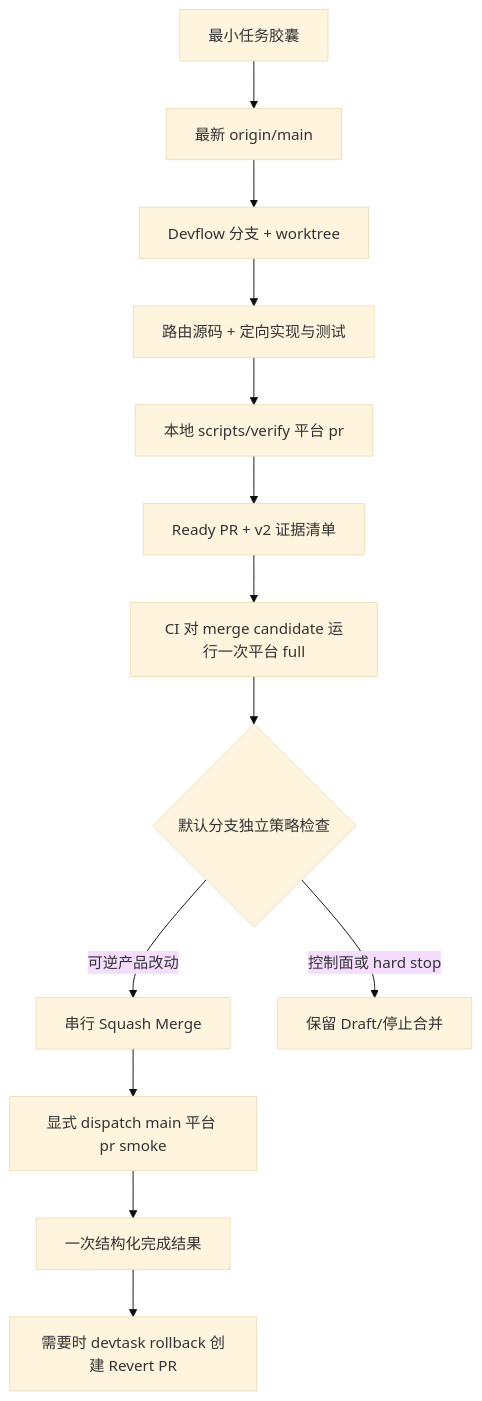
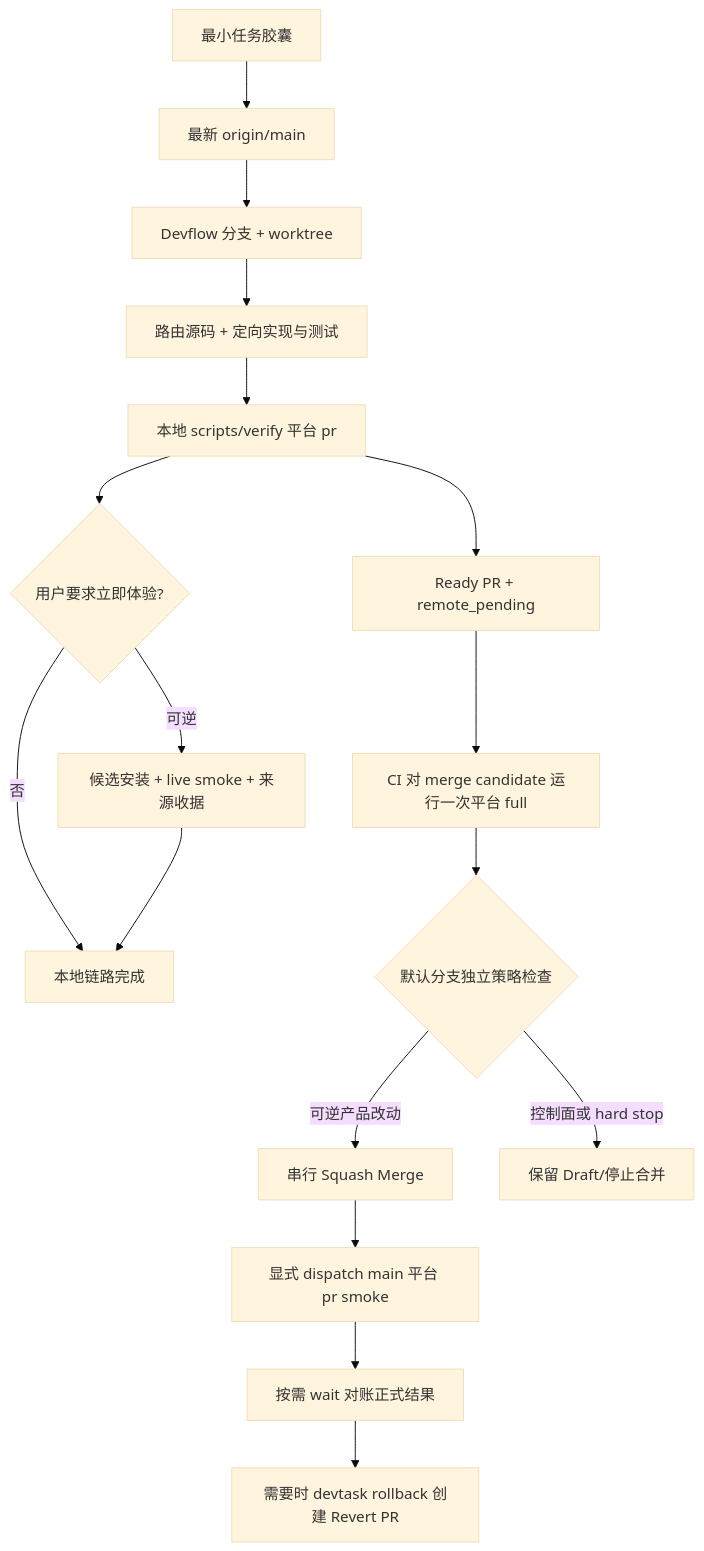
The diagram in docs/delivery-workflow.md (Mudsuen/Mudsnote), drawn with Mermaid (base theme) before and after one commit. The commit also changed other lines of this file and 2 other files, not shown here.

````diff
--- a/docs/delivery-workflow.md
+++ b/docs/delivery-workflow.md
@@ -7,15 +7,19 @@
 ```mermaid
 flowchart TD
     A[最小任务胶囊] --> B[最新 origin/main]
     B --> C[Devflow 分支 + worktree]
     C --> D[路由源码 + 定向实现与测试]
     D --> E[本地 scripts/verify 平台 pr]
-    E --> F[Ready PR + v2 证据清单]
+    E --> N{用户要求立即体验?}
+    N -->|可逆| O[候选安装 + live smoke + 来源收据]
+    N -->|否| P[本地链路完成]
+    O --> P
+    E --> F[Ready PR + remote_pending]
     F --> G[CI 对 merge candidate 运行一次平台 full]
     G --> H{默认分支独立策略检查}
     H -->|可逆产品改动| I[串行 Squash Merge]
     H -->|控制面或 hard stop| J[保留 Draft/停止合并]
     I --> K[显式 dispatch main 平台 pr smoke]
-    K --> L[一次结构化完成结果]
+    K --> L[按需 wait 对账正式结果]
     L --> M[需要时 devtask rollback 创建 Revert PR]
 ```
````
